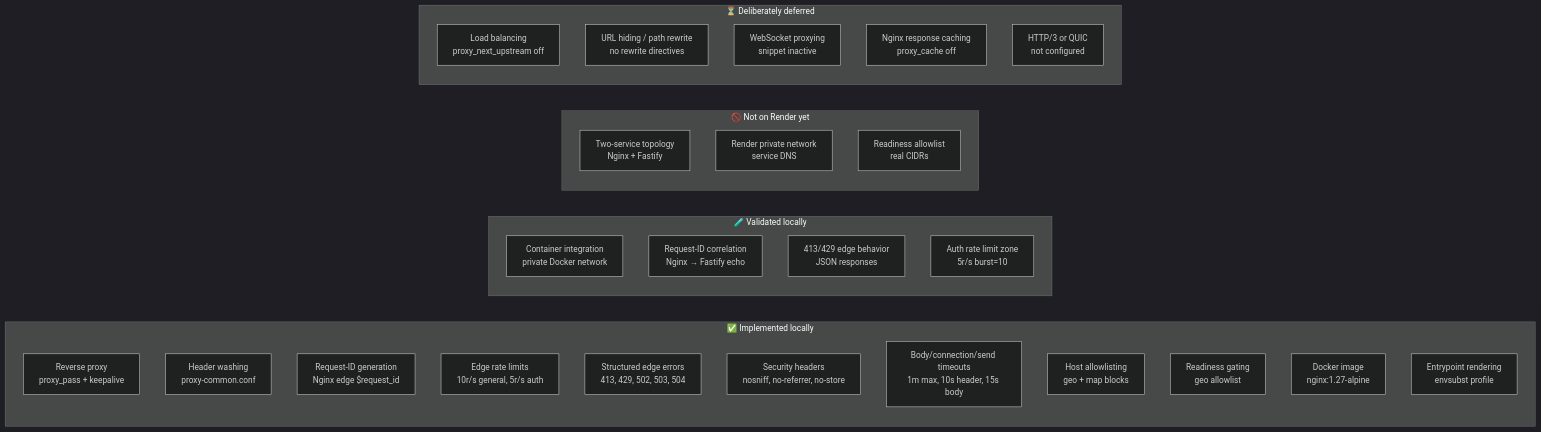
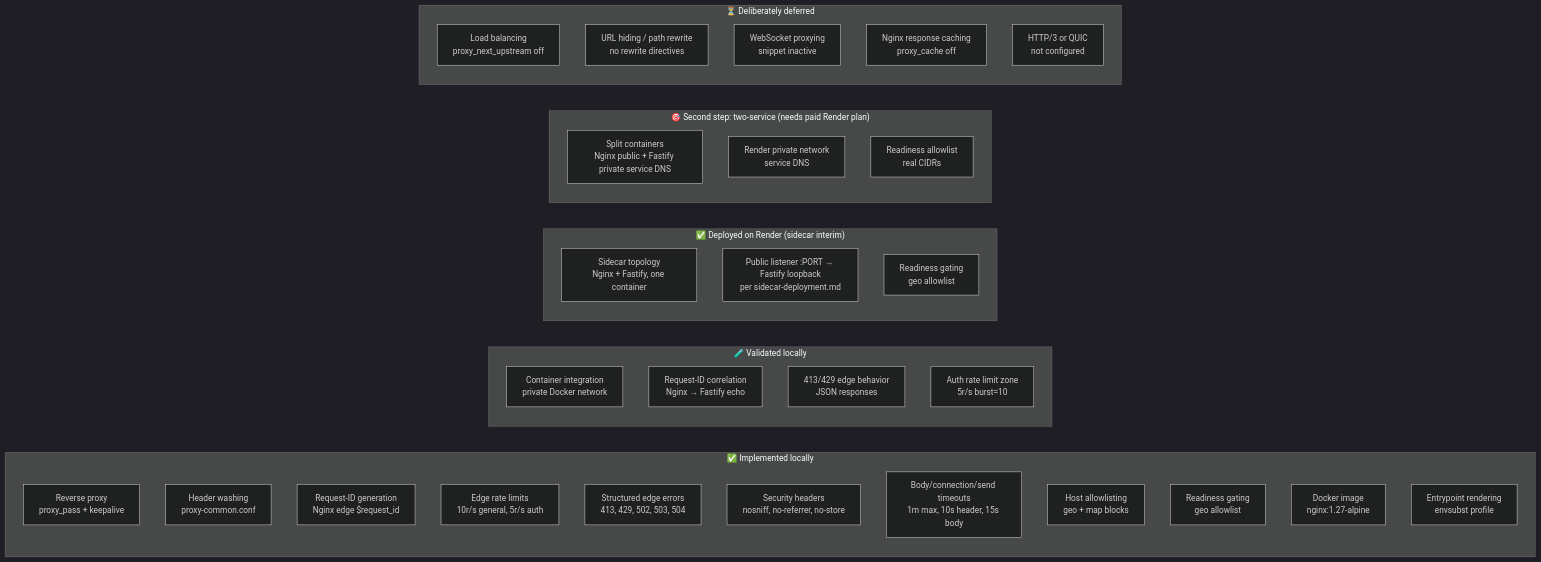
The first of 4 diagrams in docs/nginx/README.md (thec1rclehost123-cmd/C1RCLE-BACKEND), drawn with Mermaid (dark theme) before and after one commit. The commit also changed other lines of this file and 8 other files, not shown here.

````diff
--- a/docs/nginx/README.md
+++ b/docs/nginx/README.md
@@ -20,37 +20,43 @@
 ```mermaid
 graph LR
   subgraph Implemented["✅ Implemented locally"]
     A[Reverse proxy<br/>proxy_pass + keepalive]
     B[Header washing<br/>proxy-common.conf]
     C[Request-ID generation<br/>Nginx edge $request_id]
     D[Edge rate limits<br/>10r/s general, 5r/s auth]
     E[Structured edge errors<br/>413, 429, 502, 503, 504]
     F[Security headers<br/>nosniff, no-referrer, no-store]
     G[Body/connection/send timeouts<br/>1m max, 10s header, 15s body]
     H[Host allowlisting<br/>geo + map blocks]
     I[Readiness gating<br/>geo allowlist]
     J[Docker image<br/>nginx:1.27-alpine]
     K[Entrypoint rendering<br/>envsubst profile]
   end
 
   subgraph Validated["🧪 Validated locally"]
     L[Container integration<br/>private Docker network]
     M[Request-ID correlation<br/>Nginx → Fastify echo]
     N[413/429 edge behavior<br/>JSON responses]
     O[Auth rate limit zone<br/>5r/s burst=10]
   end
 
-  subgraph NotDeployed["🚫 Not on Render yet"]
-    P[Two-service topology<br/>Nginx + Fastify]
-    Q[Render private network<br/>service DNS]
-    R[Readiness allowlist<br/>real CIDRs]
+  subgraph Deployed["✅ Deployed on Render (sidecar interim)"]
+    P[Sidecar topology<br/>Nginx + Fastify, one container]
+    Q[Public listener :PORT → Fastify loopback<br/>per sidecar-deployment.md]
+    R[Readiness gating<br/>geo allowlist]
+  end
+
+  subgraph NotDeployed["🎯 Second step: two-service (needs paid Render plan)"]
+    S[Split containers<br/>Nginx public + Fastify private service DNS]
+    T[Render private network<br/>service DNS]
+    U[Readiness allowlist<br/>real CIDRs]
   end
 
   subgraph Deferred["⏳ Deliberately deferred"]
-    S[Load balancing<br/>proxy_next_upstream off]
-    T[URL hiding / path rewrite<br/>no rewrite directives]
-    U[WebSocket proxying<br/>snippet inactive]
-    V[Nginx response caching<br/>proxy_cache off]
-    W[HTTP/3 or QUIC<br/>not configured]
+    V[Load balancing<br/>proxy_next_upstream off]
+    W[URL hiding / path rewrite<br/>no rewrite directives]
+    X[WebSocket proxying<br/>snippet inactive]
+    Y[Nginx response caching<br/>proxy_cache off]
+    Z[HTTP/3 or QUIC<br/>not configured]
   end
 ```
````
